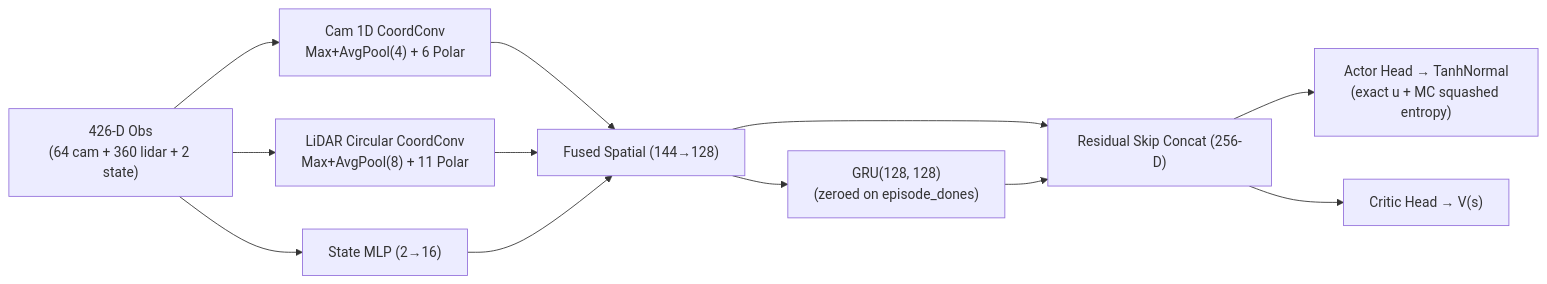
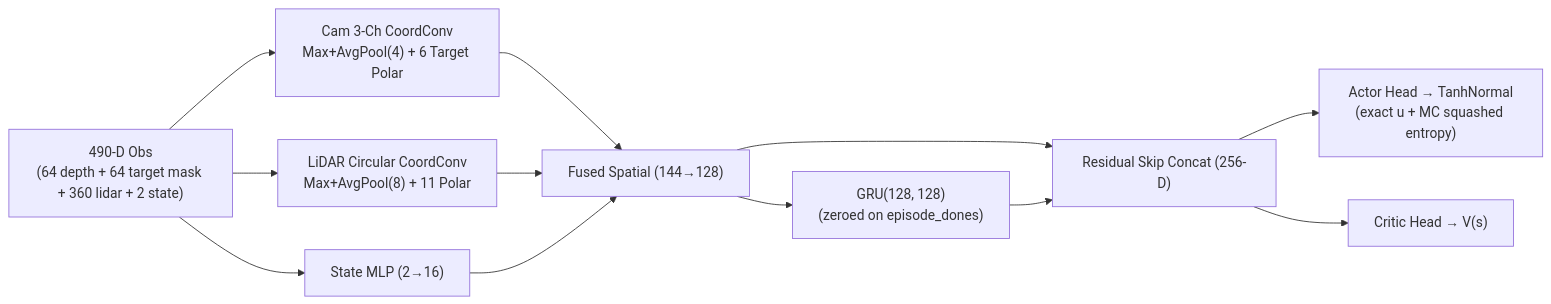
The diagram in docs/architecture.md (hanriman/ackermann_follow), drawn with Mermaid before and after one commit. The commit also changed other lines of this file and 10 other files, not shown here.

Commit message:
feat: add 64-ray RGB-D target mask (490-D), fix Stage 3 corridor, and add video recorder

````diff
--- a/docs/architecture.md
+++ b/docs/architecture.md
@@ -25,14 +26,14 @@
 ```mermaid
 flowchart LR
-    OBS["426-D Obs<br/>(64 cam + 360 lidar + 2 state)"] --> CAM["Cam 1D CoordConv<br/>Max+AvgPool(4) + 6 Polar"]
+    OBS["490-D Obs<br/>(64 depth + 64 target mask + 360 lidar + 2 state)"] --> CAM["Cam 3-Ch CoordConv<br/>Max+AvgPool(4) + 6 Target Polar"]
     OBS --> LID["LiDAR Circular CoordConv<br/>Max+AvgPool(8) + 11 Polar"]
     OBS --> ST["State MLP (2→16)"]
     CAM --> FUSE["Fused Spatial (144→128)"]
     LID --> FUSE
     ST --> FUSE
     FUSE --> GRU["GRU(128, 128)<br/>(zeroed on episode_dones)"]
     FUSE --> CAT["Residual Skip Concat (256-D)"]
     GRU --> CAT
     CAT --> ACT["Actor Head → TanhNormal<br/>(exact u + MC squashed entropy)"]
     CAT --> CRI["Critic Head → V(s)"]
 ```
````
